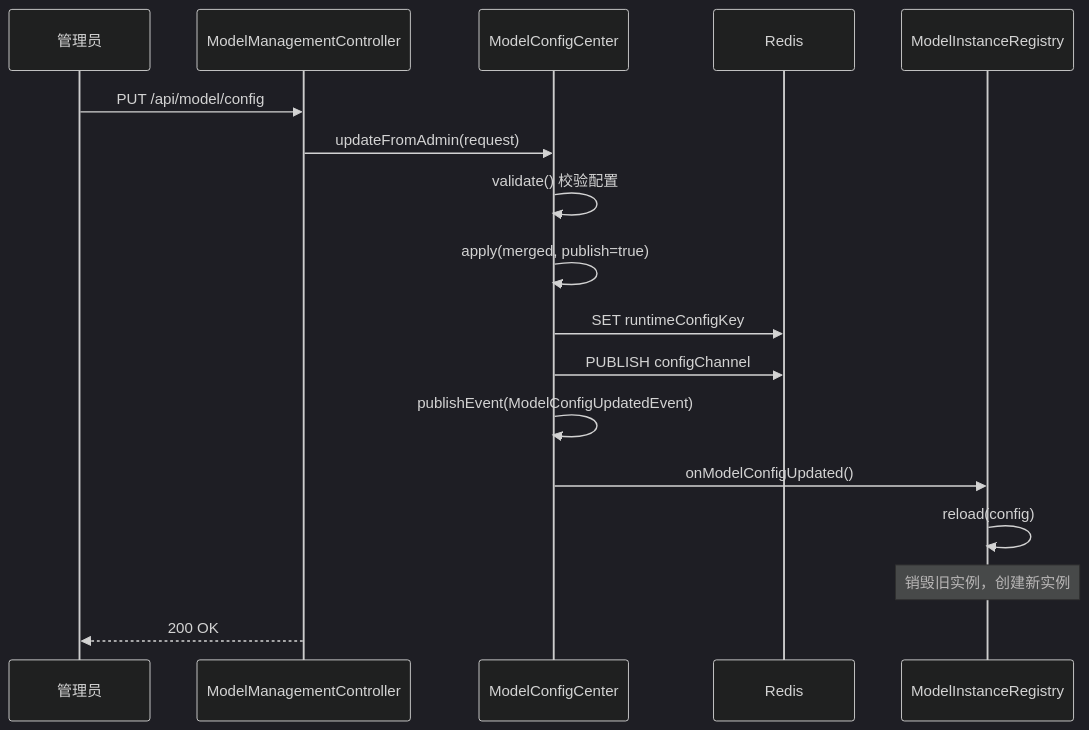
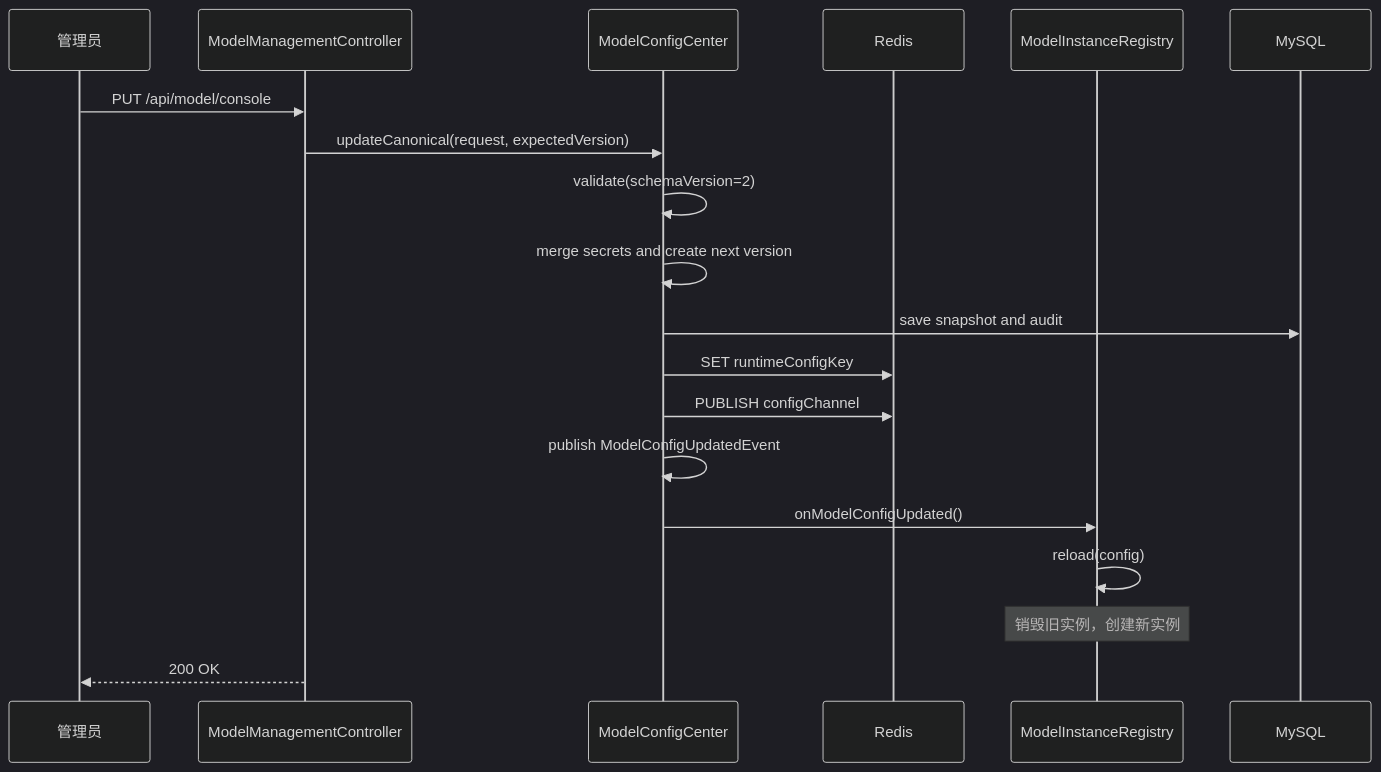
One commit to Aseubel/yusi changed diagram 14 of 15 in docs/design/backend-design.md. Above: the diagram before and after it, drawn with Mermaid (dark theme). The commit also changed other lines of this file and 46 other files, not shown here.

````diff
--- a/docs/design/backend-design.md
+++ b/docs/design/backend-design.md
@@ -581,20 +582,21 @@
 ```mermaid
 sequenceDiagram
     participant Admin as 管理员
     participant API as ModelManagementController
     participant Config as ModelConfigCenter
     participant Redis as Redis
     participant Registry as ModelInstanceRegistry
 
-    Admin->>API: PUT /api/model/config
-    API->>Config: updateFromAdmin(request)
-    Config->>Config: validate() 校验配置
-    Config->>Config: apply(merged, publish=true)
+    Admin->>API: PUT /api/model/console
+    API->>Config: updateCanonical(request, expectedVersion)
+    Config->>Config: validate(schemaVersion=2)
+    Config->>Config: merge secrets and create next version
+    Config->>MySQL: save snapshot and audit
     Config->>Redis: SET runtimeConfigKey
     Config->>Redis: PUBLISH configChannel
-    Config->>Config: publishEvent(ModelConfigUpdatedEvent)
+    Config->>Config: publish ModelConfigUpdatedEvent
     Config->>Registry: onModelConfigUpdated()
     Registry->>Registry: reload(config)
     Note over Registry: 销毁旧实例，创建新实例
     API-->>Admin: 200 OK
 ```
````
